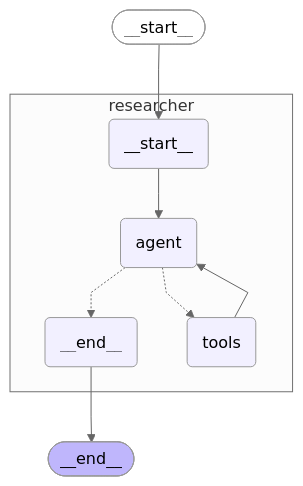
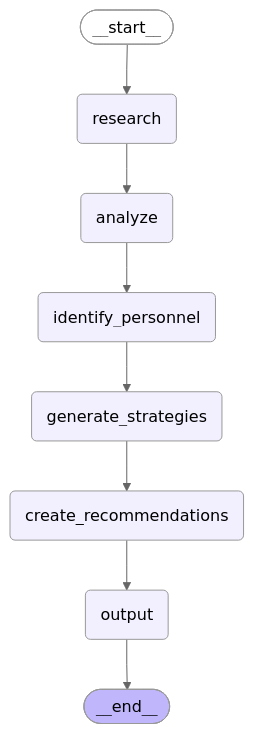
Before and after one commit to UiPath/uipath-langchain-python: the diagram in samples/company-research-agent/agent.mermaid, drawn with Mermaid (neutral theme). The commit also changed 9 other files, not shown here.

Commit message:
chore(samples): update company research agent sample

```diff
--- a/samples/company-research-agent/agent.mermaid
+++ b/samples/company-research-agent/agent.mermaid
@@ -1,23 +1,24 @@
 ---
 config:
   flowchart:
     curve: linear
 ---
 graph TD;
 	__start__([<p>__start__</p>]):::first
+	research(research)
+	analyze(analyze)
+	identify_personnel(identify_personnel)
+	generate_strategies(generate_strategies)
+	create_recommendations(create_recommendations)
+	output(output)
 	__end__([<p>__end__</p>]):::last
-	__start__ --> researcher___start__;
-	researcher___end__ --> __end__;
-	subgraph researcher
-	researcher___start__(<p>__start__</p>)
-	researcher_agent(agent)
-	researcher_tools(tools)
-	researcher___end__(<p>__end__</p>)
-	researcher___start__ --> researcher_agent;
-	researcher_agent -.-> researcher___end__;
-	researcher_agent -.-> researcher_tools;
-	researcher_tools --> researcher_agent;
-	end
+	__start__ --> research;
+	analyze --> identify_personnel;
+	create_recommendations --> output;
+	generate_strategies --> create_recommendations;
+	identify_personnel --> generate_strategies;
+	research --> analyze;
+	output --> __end__;
 	classDef default fill:#f2f0ff,line-height:1.2
 	classDef first fill-opacity:0
 	classDef last fill:#bfb6fc
```
